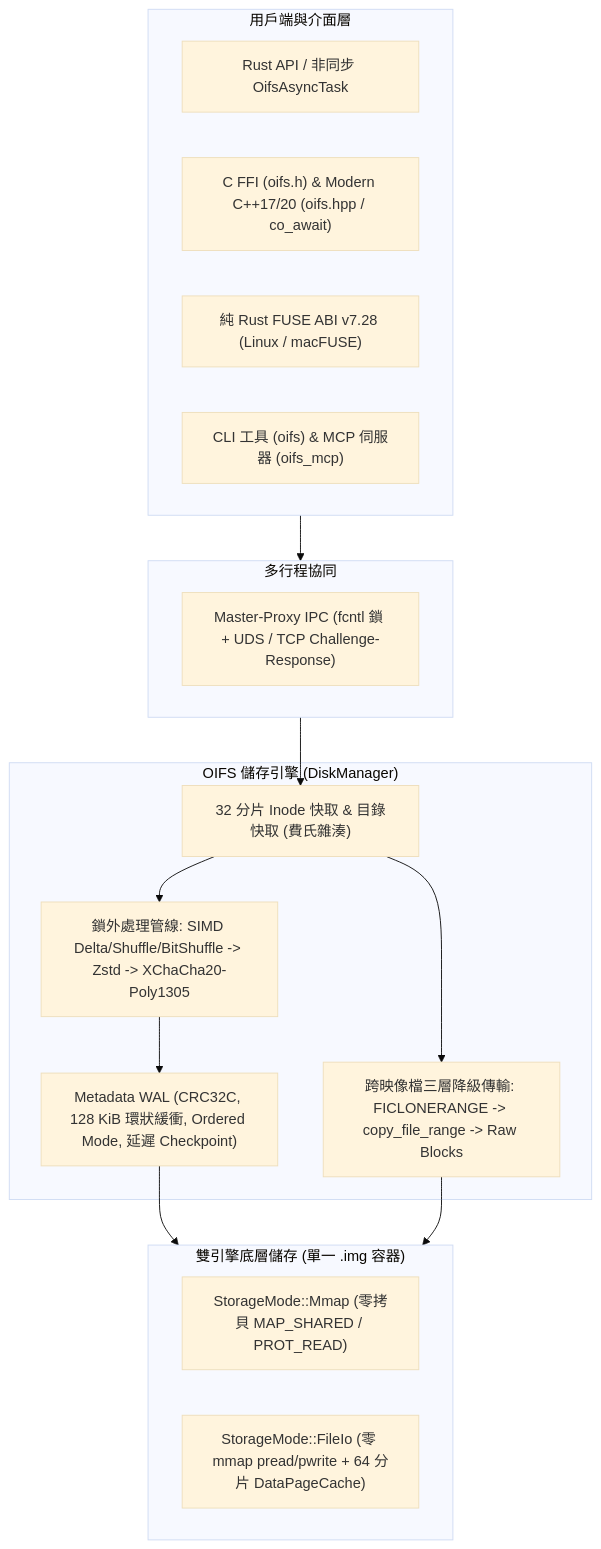
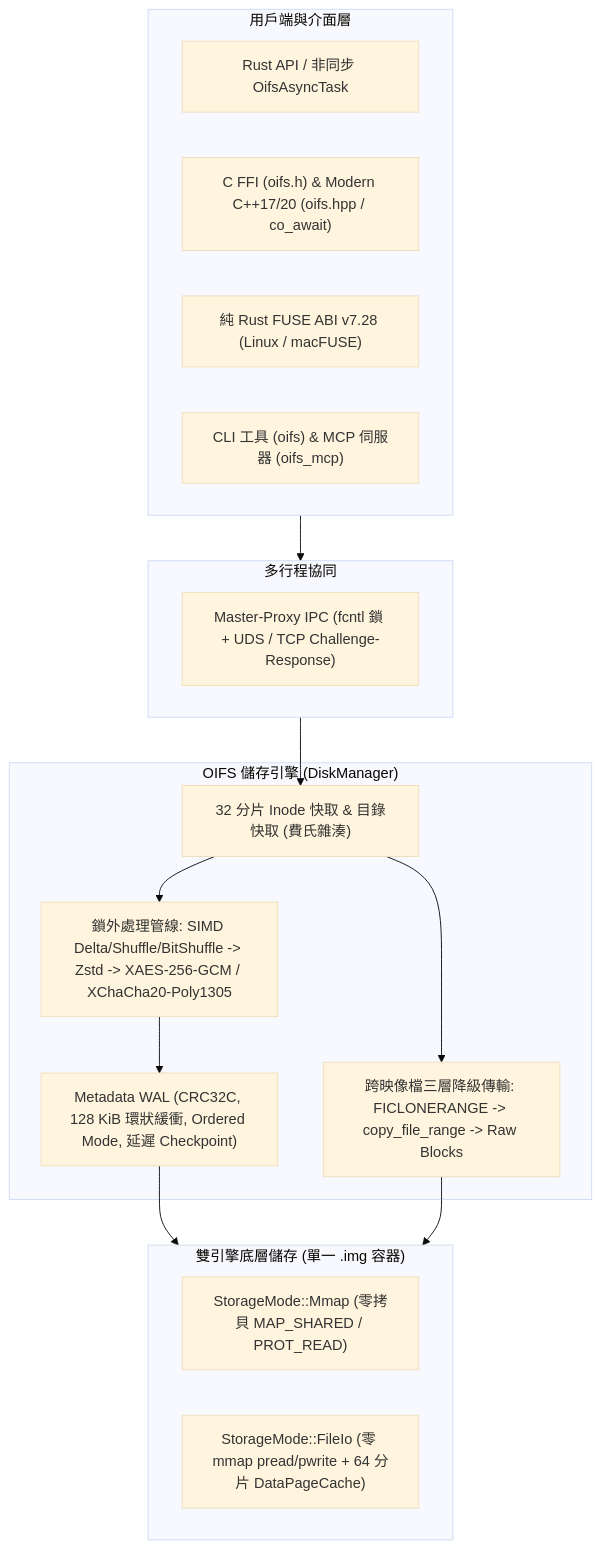
One commit to ych/oifs changed the diagram in README_zh.md. Above: the diagram before and after it, drawn with Mermaid (base theme). The commit also changed other lines of this file and 24 other files, not shown here.

Commit message:
Release v1.7.0: bump version, update XAES-256-GCM docs, and add MCP pagination & agent manifests

````diff
--- a/README_zh.md
+++ b/README_zh.md
@@ -40,31 +40,31 @@
 ```mermaid
 flowchart TB
     subgraph Clients["用戶端與介面層"]
         Rust["Rust API / 非同步 OifsAsyncTask"]
         CPP["C FFI (oifs.h) & Modern C++17/20 (oifs.hpp / co_await)"]
         FUSE["純 Rust FUSE ABI v7.28 (Linux / macFUSE)"]
         CLI["CLI 工具 (oifs) & MCP 伺服器 (oifs_mcp)"]
     end
 
     subgraph IPC["多行程協同"]
         MP["Master-Proxy IPC (fcntl 鎖 + UDS / TCP Challenge-Response)"]
     end
 
     subgraph Engine["OIFS 儲存引擎 (DiskManager)"]
         Cache["32 分片 Inode 快取 & 目錄快取 (費氏雜湊)"]
-        Pipe["鎖外處理管線: SIMD Delta/Shuffle/BitShuffle -> Zstd -> XChaCha20-Poly1305"]
+        Pipe["鎖外處理管線: SIMD Delta/Shuffle/BitShuffle -> Zstd -> XAES-256-GCM / XChaCha20-Poly1305"]
         Transfer["跨映像檔三層降級傳輸: FICLONERANGE -> copy_file_range -> Raw Blocks"]
         WAL["Metadata WAL (CRC32C, 128 KiB 環狀緩衝, Ordered Mode, 延遲 Checkpoint)"]
     end
 
     subgraph Storage["雙引擎底層儲存 (單一 .img 容器)"]
         Mmap["StorageMode::Mmap (零拷貝 MAP_SHARED / PROT_READ)"]
         FileIo["StorageMode::FileIo (零 mmap pread/pwrite + 64 分片 DataPageCache)"]
     end
 
     Clients --> IPC --> Cache
     Cache --> Pipe --> WAL
     Cache --> Transfer
     WAL --> Storage
     Transfer --> Storage
 ```
````
